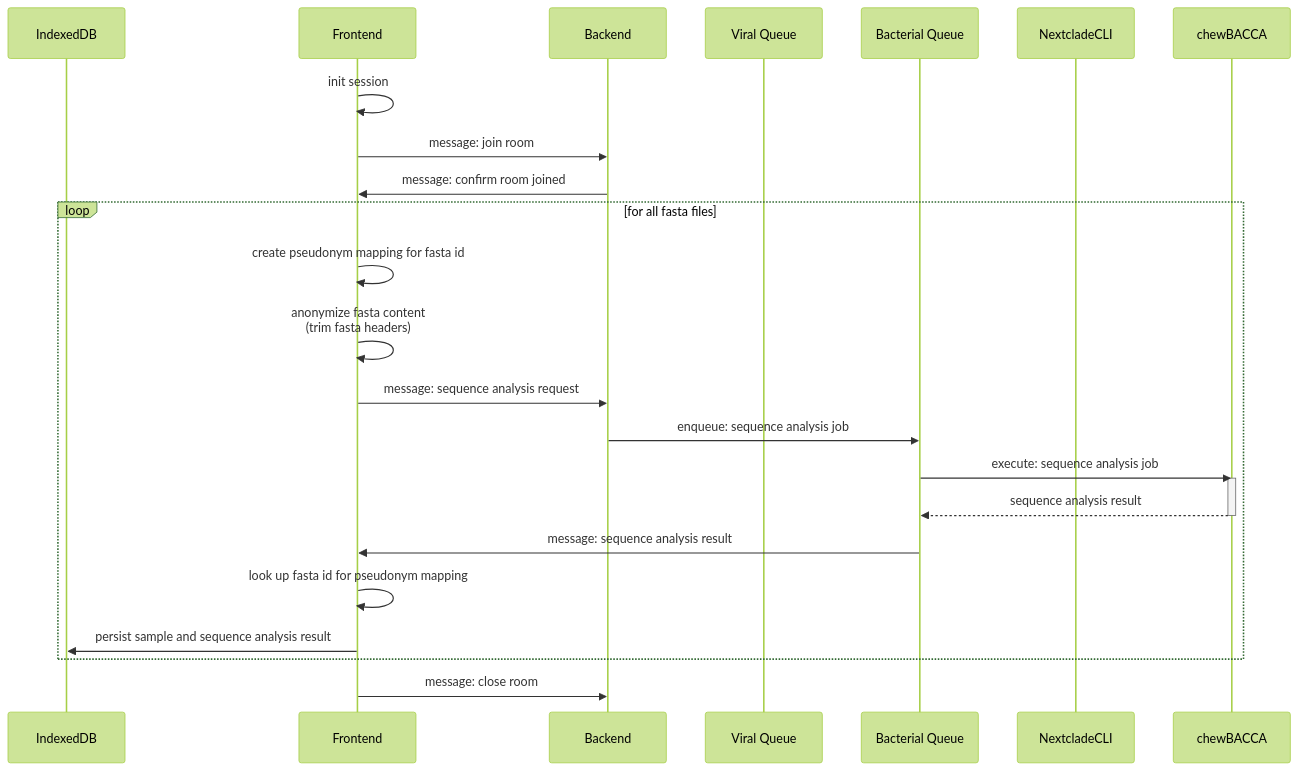
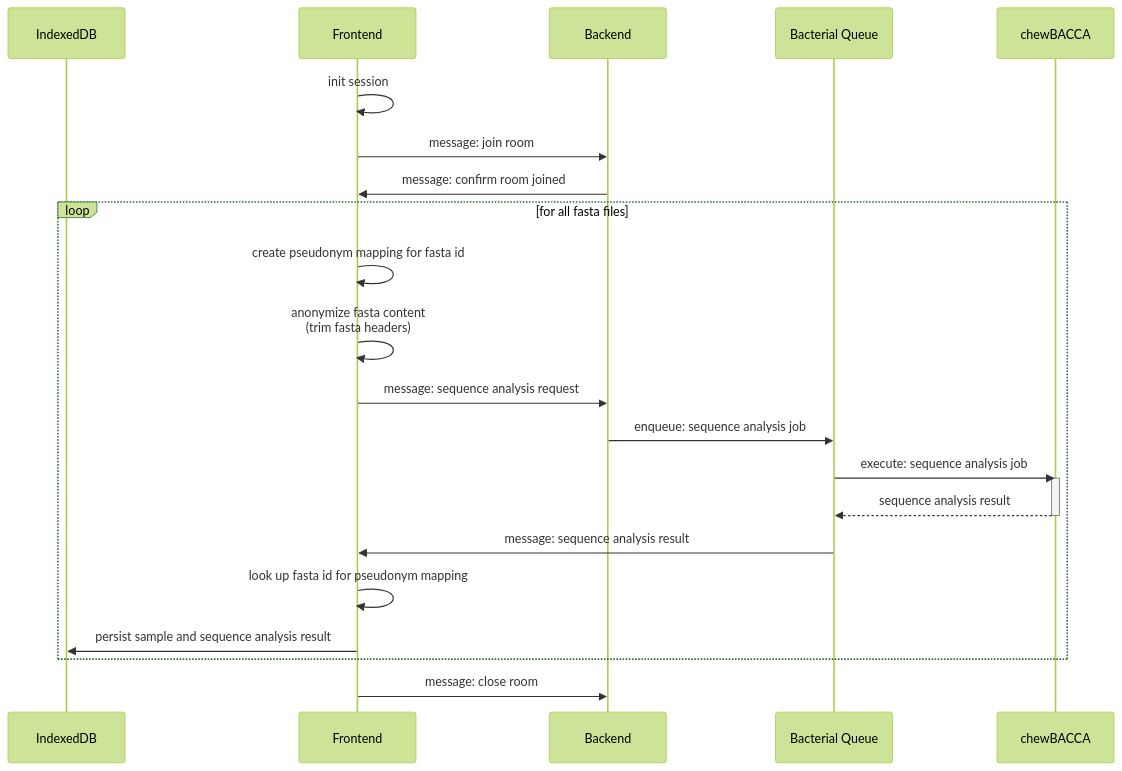
The second of 14 diagrams in documentation/docs/developers/genomic_operations.md (DiltheyLab/GENTRAIN), drawn with Mermaid (forest theme) before and after one commit. The commit also changed other lines of this file, not shown here.

Commit message:
docs: cleanup sequence diagrams

````diff
--- a/documentation/docs/developers/genomic_operations.md
+++ b/documentation/docs/developers/genomic_operations.md
@@ -106,27 +104,25 @@
 ```mermaid
 sequenceDiagram
     participant IndexedDB
     participant Frontend
     participant Backend
-    participant Viral Queue
     participant Bacterial Queue
-    participant NextcladeCLI
     participant chewBACCA
     Frontend->>Frontend: init session
     Frontend->>Backend: message: join room
     Backend->>Frontend: message: confirm room joined
     loop for all fasta files
         Frontend->>Frontend: create pseudonym mapping for fasta id
         Frontend->>Frontend: anonymize fasta content<br/>(trim fasta headers)
         Frontend->>Backend: message: sequence analysis request
         Backend->>Bacterial Queue: enqueue: sequence analysis job
         Bacterial Queue->>chewBACCA: execute: sequence analysis job
         activate chewBACCA
         chewBACCA-->>Bacterial Queue: sequence analysis result
         deactivate chewBACCA
         Bacterial Queue->>Frontend: message: sequence analysis result
         Frontend->>Frontend: look up fasta id for pseudonym mapping
         Frontend->>IndexedDB: persist sample and sequence analysis result
     end
     Frontend->>Backend: message: close room
 ```
````
